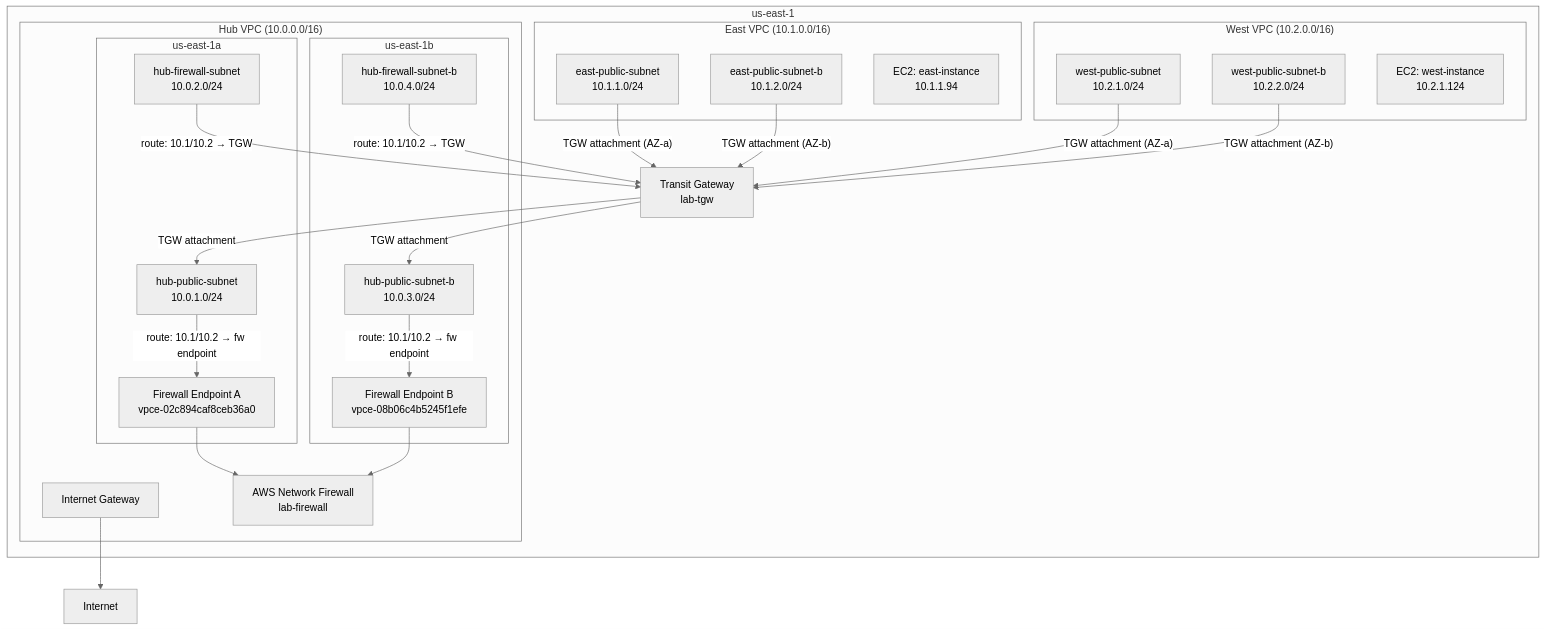
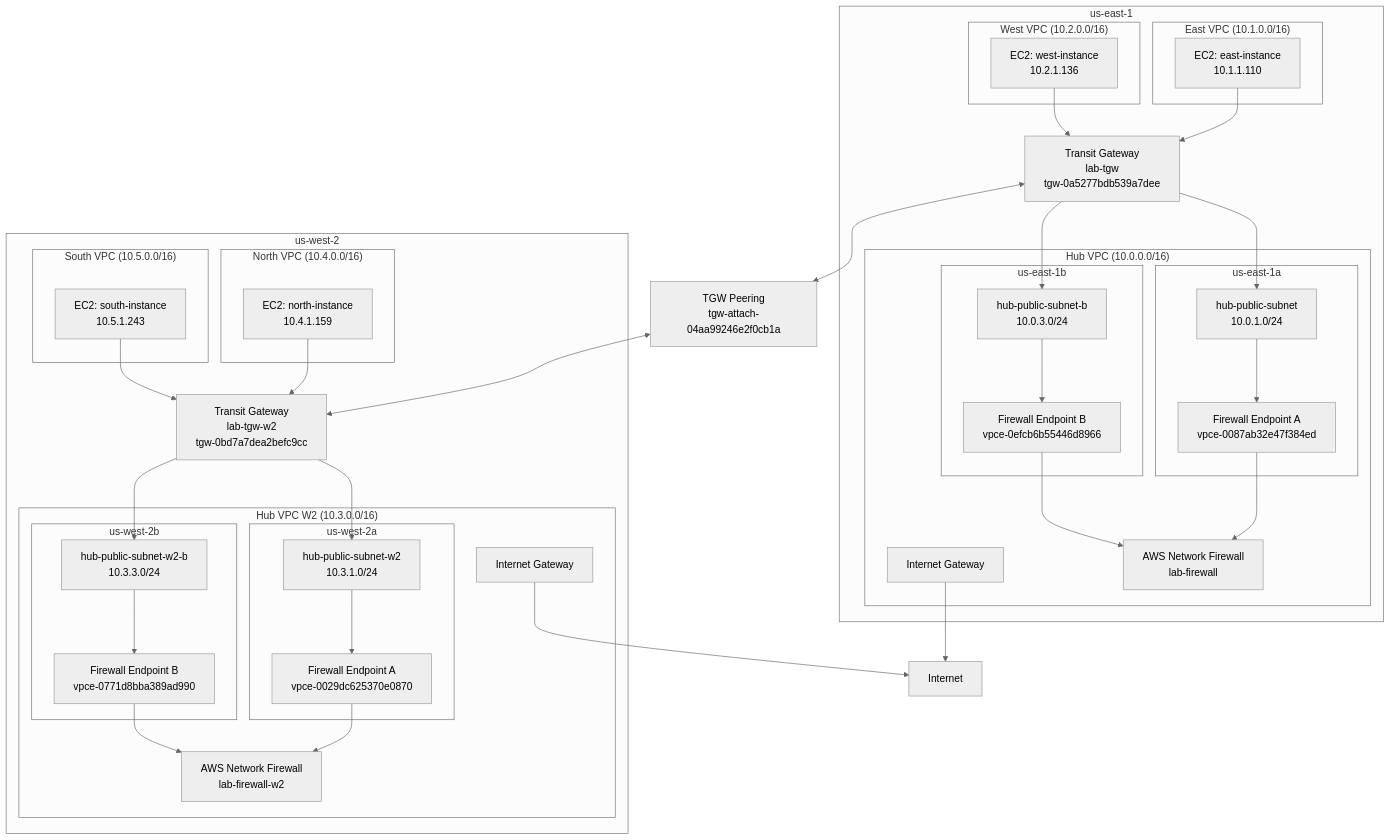
The diagram in docs/architecture.md (MacGotHub/aws-iac-lab), drawn with Mermaid (neutral theme) before and after one commit. The commit also changed other lines of this file, not shown here.

Commit message:
Update architecture docs for multi-region labs 07-10

````diff
--- a/docs/architecture.md
+++ b/docs/architecture.md
@@ -5,49 +5,69 @@
 ```mermaid
 graph TB
-    subgraph us-east-1
-        subgraph hub-vpc["Hub VPC (10.0.0.0/16)"]
+    internet["Internet"]
+
+    subgraph use1["us-east-1"]
+        subgraph hub_vpc["Hub VPC (10.0.0.0/16)"]
             subgraph aza["us-east-1a"]
                 hub_pub_a["hub-public-subnet\n10.0.1.0/24"]
-                hub_fw_a["hub-firewall-subnet\n10.0.2.0/24"]
-                fw_ep_a["Firewall Endpoint A\nvpce-02c894caf8ceb36a0"]
+                fw_ep_a["Firewall Endpoint A\nvpce-0087ab32e47f384ed"]
             end
             subgraph azb["us-east-1b"]
                 hub_pub_b["hub-public-subnet-b\n10.0.3.0/24"]
-                hub_fw_b["hub-firewall-subnet-b\n10.0.4.0/24"]
-                fw_ep_b["Firewall Endpoint B\nvpce-08b06c4b5245f1efe"]
+                fw_ep_b["Firewall Endpoint B\nvpce-0efcb6b55446d8966"]
             end
-            igw["Internet Gateway"]
-            firewall["AWS Network Firewall\nlab-firewall"]
+            igw_e1["Internet Gateway"]
+            fw_e1["AWS Network Firewall\nlab-firewall"]
         end
-
-        subgraph east-vpc["East VPC (10.1.0.0/16)"]
-            east_pub_a["east-public-subnet\n10.1.1.0/24"]
-            east_pub_b["east-public-subnet-b\n10.1.2.0/24"]
-            east_ec2["EC2: east-instance\n10.1.1.94"]
+        subgraph east_vpc["East VPC (10.1.0.0/16)"]
+            east_ec2["EC2: east-instance\n10.1.1.110"]
         end
-
-        subgraph west-vpc["West VPC (10.2.0.0/16)"]
-            west_pub_a["west-public-subnet\n10.2.1.0/24"]
-            west_pub_b["west-public-subnet-b\n10.2.2.0/24"]
-            west_ec2["EC2: west-instance\n10.2.1.124"]
+        subgraph west_vpc["West VPC (10.2.0.0/16)"]
+            west_ec2["EC2: west-instance\n10.2.1.136"]
         end
-
-        tgw["Transit Gateway\nlab-tgw"]
+        tgw_e1["Transit Gateway\nlab-tgw\ntgw-0a5277bdb539a7dee"]
     end
 
-    internet["Internet"]
+    tgw_peer["TGW Peering\ntgw-attach-04aa99246e2f0cb1a"]
 
-    east_pub_a -- "TGW attachment (AZ-a)" --> tgw
-    east_pub_b -- "TGW attachment (AZ-b)" --> tgw
-    west_pub_a -- "TGW attachment (AZ-a)" --> tgw
-    west_pub_b -- "TGW attachment (AZ-b)" --> tgw
-    tgw -- "TGW attachment" --> hub_pub_a
-    tgw -- "TGW attachment" --> hub_pub_b
-    hub_pub_a -- "route: 10.1/10.2 → fw endpoint" --> fw_ep_a
-    hub_pub_b -- "route: 10.1/10.2 → fw endpoint" --> fw_ep_b
-    fw_ep_a --> firewall
-    fw_ep_b --> firewall
-    hub_fw_a -- "route: 10.1/10.2 → TGW" --> tgw
-    hub_fw_b -- "route: 10.1/10.2 → TGW" --> tgw
-    igw --> internet
+    subgraph usw2["us-west-2"]
+        subgraph hub_vpc_w2["Hub VPC W2 (10.3.0.0/16)"]
+            subgraph azc["us-west-2a"]
+                hub_pub_c["hub-public-subnet-w2\n10.3.1.0/24"]
+                fw_ep_c["Firewall Endpoint A\nvpce-0029dc625370e0870"]
+            end
+            subgraph azd["us-west-2b"]
+                hub_pub_d["hub-public-subnet-w2-b\n10.3.3.0/24"]
+                fw_ep_d["Firewall Endpoint B\nvpce-0771d8bba389ad990"]
+            end
+            igw_w2["Internet Gateway"]
+            fw_w2["AWS Network Firewall\nlab-firewall-w2"]
+        end
+        subgraph north_vpc["North VPC (10.4.0.0/16)"]
+            north_ec2["EC2: north-instance\n10.4.1.159"]
+        end
+        subgraph south_vpc["South VPC (10.5.0.0/16)"]
+            south_ec2["EC2: south-instance\n10.5.1.243"]
+        end
+        tgw_w2["Transit Gateway\nlab-tgw-w2\ntgw-0bd7a7dea2befc9cc"]
+    end
+
+    east_ec2 --> tgw_e1
+    west_ec2 --> tgw_e1
+    tgw_e1 --> hub_pub_a
+    tgw_e1 --> hub_pub_b
+    hub_pub_a --> fw_ep_a --> fw_e1
+    hub_pub_b --> fw_ep_b --> fw_e1
+    igw_e1 --> internet
+
+    tgw_e1 <--> tgw_peer
+    tgw_peer <--> tgw_w2
+
+    north_ec2 --> tgw_w2
+    south_ec2 --> tgw_w2
+    tgw_w2 --> hub_pub_c
+    tgw_w2 --> hub_pub_d
+    hub_pub_c --> fw_ep_c --> fw_w2
+    hub_pub_d --> fw_ep_d --> fw_w2
+    igw_w2 --> internet
 ```
````
